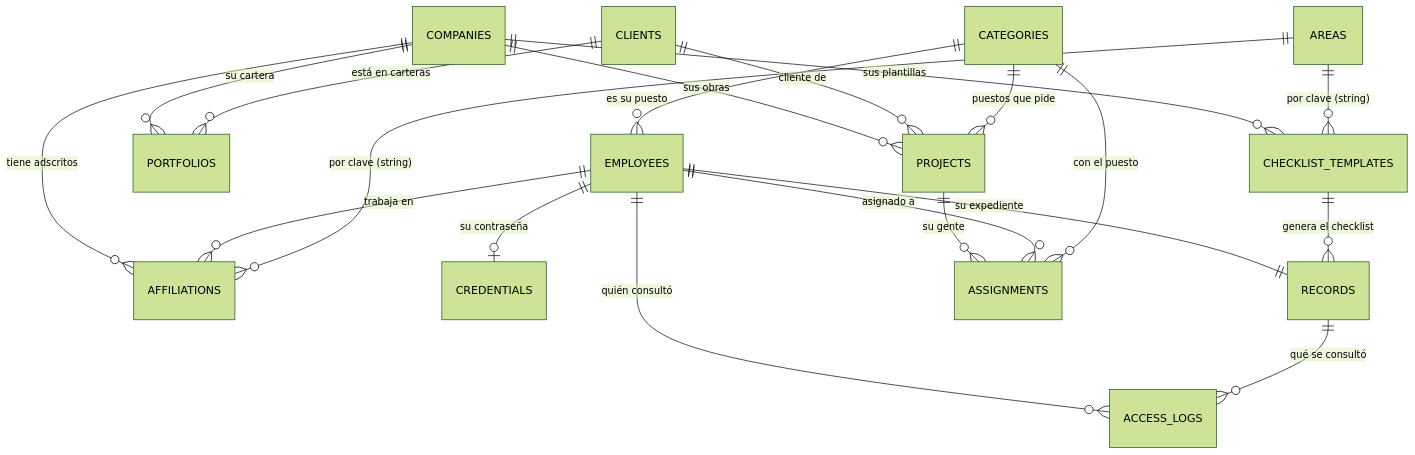
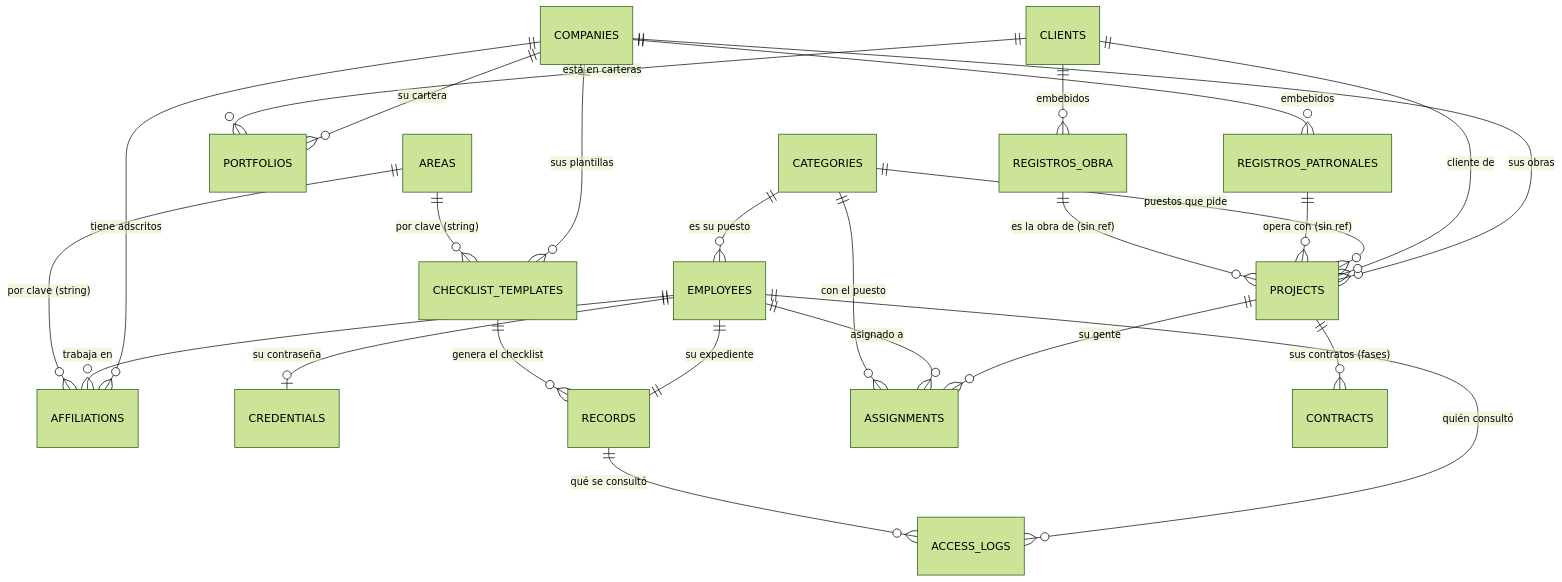
One commit to alexxruff/cames-files-manager-backend changed the diagram in docs/ARQUITECTURA-DATOS.md. Above: the diagram before and after it, drawn with Mermaid (forest theme). The commit also changed other lines of this file and 15 other files, not shown here.

````diff
--- a/docs/ARQUITECTURA-DATOS.md
+++ b/docs/ARQUITECTURA-DATOS.md
@@ -79,28 +94,35 @@
 ```mermaid
 erDiagram
     COMPANIES  ||--o{ AFFILIATIONS : "tiene adscritos"
     EMPLOYEES  ||--o{ AFFILIATIONS : "trabaja en"
     EMPLOYEES  ||--o| CREDENTIALS  : "su contraseña"
     EMPLOYEES  ||--|| RECORDS      : "su expediente"
     CATEGORIES ||--o{ EMPLOYEES    : "es su puesto"
 
     COMPANIES  ||--o{ PORTFOLIOS   : "su cartera"
     CLIENTS    ||--o{ PORTFOLIOS   : "está en carteras"
 
     COMPANIES  ||--o{ PROJECTS     : "sus obras"
     CLIENTS    ||--o{ PROJECTS     : "cliente de"
     CATEGORIES ||--o{ PROJECTS     : "puestos que pide"
 
     PROJECTS   ||--o{ ASSIGNMENTS  : "su gente"
     EMPLOYEES  ||--o{ ASSIGNMENTS  : "asignado a"
     CATEGORIES ||--o{ ASSIGNMENTS  : "con el puesto"
 
+    PROJECTS   ||--o{ CONTRACTS    : "sus contratos (fases)"
+
+    COMPANIES  ||--o{ REGISTROS_PATRONALES : "embebidos"
+    CLIENTS    ||--o{ REGISTROS_OBRA       : "embebidos"
+    REGISTROS_PATRONALES ||--o{ PROJECTS : "opera con (sin ref)"
+    REGISTROS_OBRA       ||--o{ PROJECTS : "es la obra de (sin ref)"
+
     COMPANIES  ||--o{ CHECKLIST_TEMPLATES : "sus plantillas"
     CHECKLIST_TEMPLATES ||--o{ RECORDS    : "genera el checklist"
 
     EMPLOYEES  ||--o{ ACCESS_LOGS  : "quién consultó"
     RECORDS    ||--o{ ACCESS_LOGS  : "qué se consultó"
 
     AREAS      ||--o{ AFFILIATIONS : "por clave (string)"
     AREAS      ||--o{ CHECKLIST_TEMPLATES : "por clave (string)"
 ```
````
